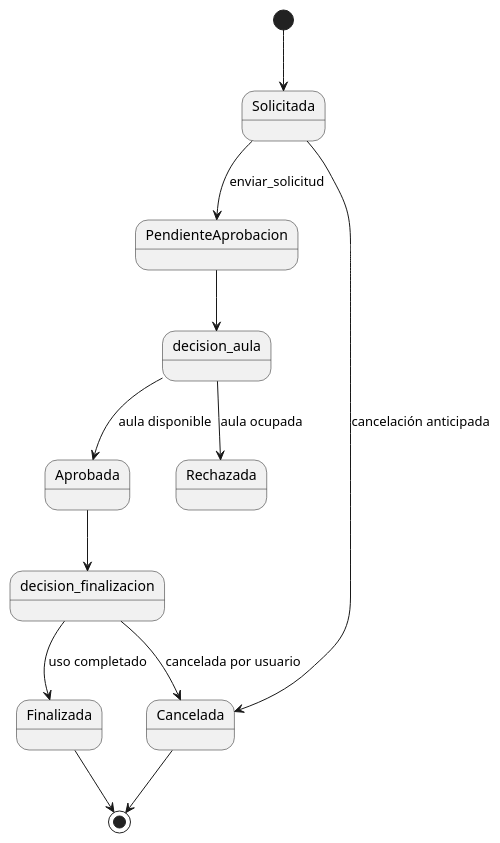
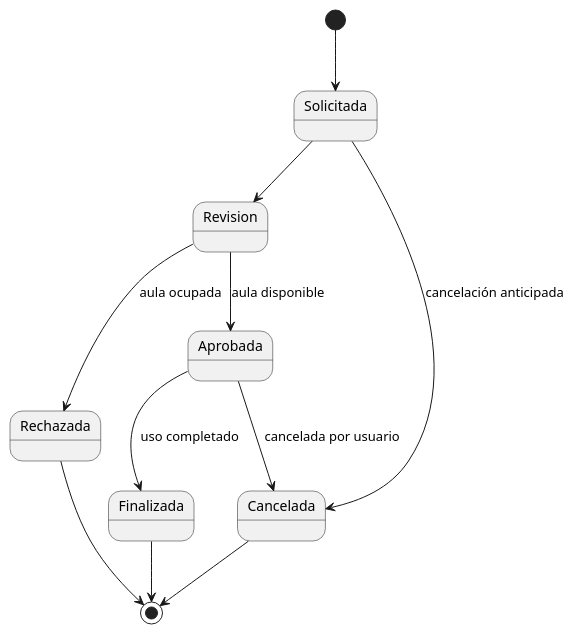
Before and after one commit to antoniogavilanes/Constructor_De_Horarios: the diagram in Constructor_De_Horarios/images/modelosUML/diagramasDeEstados/reservas.puml, drawn with PlantUML. The commit also changed 2 other files, not shown here.

Commit message:
Diagrama de estados actualizado

```diff
--- a/Constructor_De_Horarios/images/modelosUML/diagramasDeEstados/reservas.puml
+++ b/Constructor_De_Horarios/images/modelosUML/diagramasDeEstados/reservas.puml
@@ -1,22 +1,19 @@
 @startuml
 
 [*] --> Solicitada
 
-Solicitada --> PendienteAprobacion : enviar_solicitud
+Solicitada --> Revision <<choice>>
 
-PendienteAprobacion --> decision_aula <<choice>>
+Revision --> Aprobada : aula disponible
+Revision --> Rechazada : aula ocupada
 
-decision_aula --> Aprobada : aula disponible
-decision_aula --> Rechazada : aula ocupada
-
-Aprobada --> decision_finalizacion <<choice>>
-
-decision_finalizacion --> Finalizada : uso completado
-decision_finalizacion --> Cancelada : cancelada por usuario
+Aprobada --> Finalizada : uso completado
+Aprobada --> Cancelada : cancelada por usuario
 
 Solicitada --> Cancelada : cancelación anticipada
 
 Finalizada --> [*]
 Cancelada --> [*]
+Rechazada --> [*]
 
 @enduml
```
